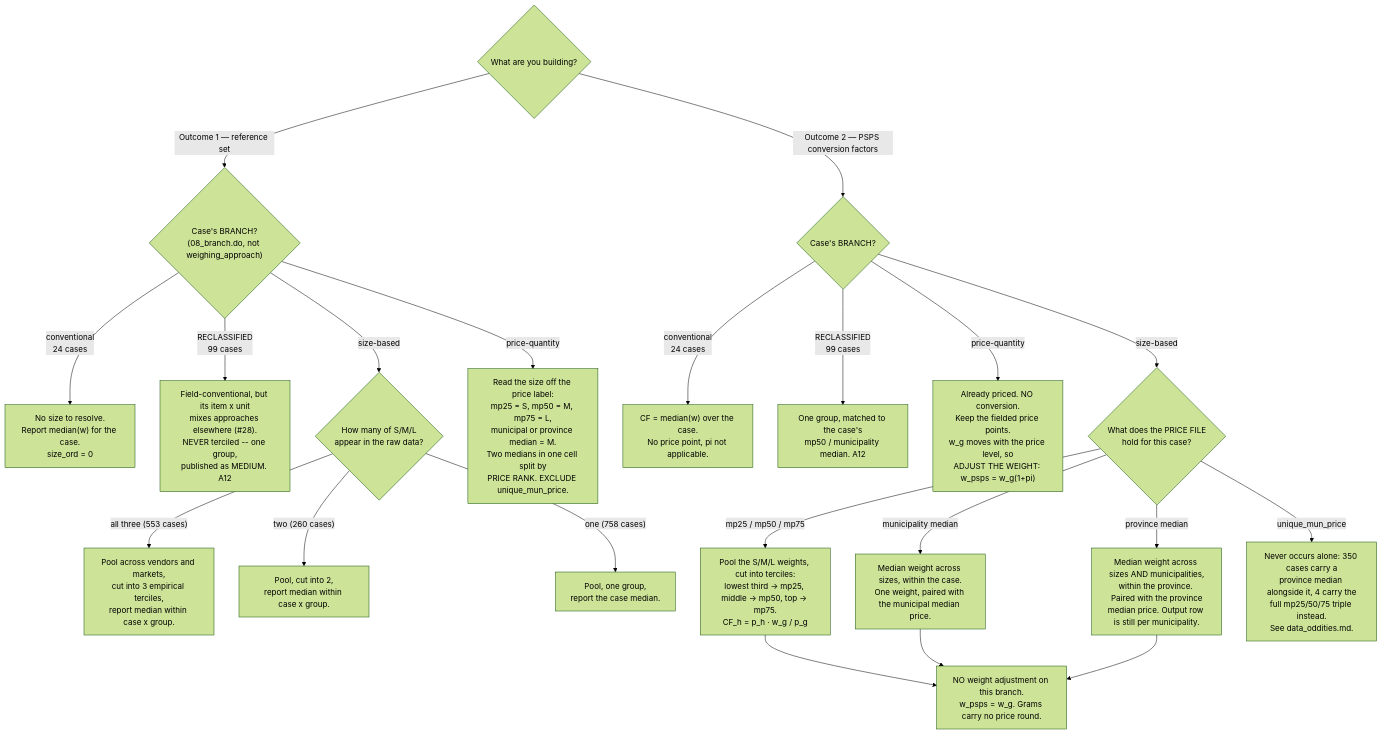
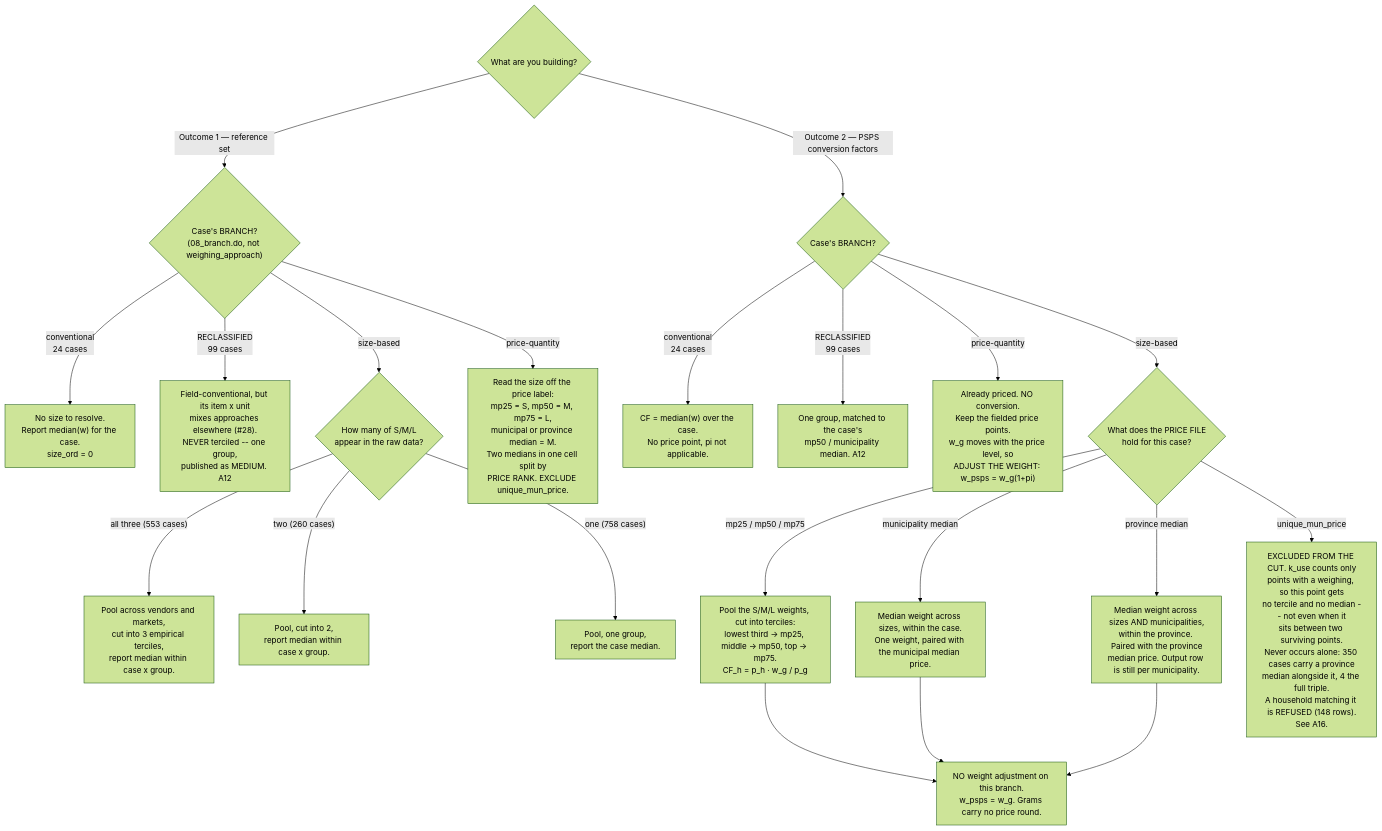
One commit to Shineyang03/nsu-market-survey-cleaning changed the first of 2 diagrams in docs/conversion_factor_methodology.md. Above: the diagram before and after it, drawn with Mermaid (forest theme). The commit also changed 2 other files, not shown here.

````diff
--- a/docs/conversion_factor_methodology.md
+++ b/docs/conversion_factor_methodology.md
@@ -86,29 +86,29 @@
 ```mermaid
 flowchart TD
     G{"What are you building?"}
 
     G -->|"Outcome 1 — reference set"| WA1{"Case's BRANCH?<br/>(08_branch.do, not weighing_approach)"}
     WA1 -->|"conventional<br/>24 cases"| OC["No size to resolve.<br/>Report median(w) for the case.<br/>size_ord = 0"]
     WA1 -->|"RECLASSIFIED<br/>99 cases"| ORC["Field-conventional, but its item x unit<br/>mixes approaches elsewhere (#28).<br/>NEVER terciled -- one group,<br/>published as MEDIUM. A12"]
     WA1 -->|"size-based"| OS1{"How many of S/M/L<br/>appear in the raw data?"}
     WA1 -->|"price-quantity"| OP1["Read the size off the price label:<br/>mp25 = S, mp50 = M, mp75 = L,<br/>municipal or province median = M.<br/>Two medians in one cell split by<br/>PRICE RANK. EXCLUDE unique_mun_price."]
 
     OS1 -->|"all three (553 cases)"| OS3["Pool across vendors and markets,<br/>cut into 3 empirical terciles,<br/>report median within case x group."]
     OS1 -->|"two (260 cases)"| OS2["Pool, cut into 2,<br/>report median within case x group."]
     OS1 -->|"one (758 cases)"| OS0["Pool, one group,<br/>report the case median."]
 
     G -->|"Outcome 2 — PSPS conversion factors"| WA2{"Case's BRANCH?"}
     WA2 -->|"conventional<br/>24 cases"| C1["CF = median(w) over the case.<br/>No price point, pi not applicable."]
     WA2 -->|"RECLASSIFIED<br/>99 cases"| C1R["One group, matched to the case's<br/>mp50 / municipality median. A12"]
     WA2 -->|"price-quantity"| P1["Already priced. NO conversion.<br/>Keep the fielded price points.<br/>w_g moves with the price level, so<br/>ADJUST THE WEIGHT: w_psps = w_g(1+pi)"]
     WA2 -->|"size-based"| S1{"What does the PRICE FILE<br/>hold for this case?"}
 
     S1 -->|"mp25 / mp50 / mp75"| S3["Pool the S/M/L weights, cut into terciles:<br/>lowest third -> mp25, middle -> mp50, top -> mp75.<br/>CF_h = p_h · w_g / p_g"]
     S1 -->|"municipality median"| S2m["Median weight across sizes, within the case.<br/>One weight, paired with the municipal median price."]
     S1 -->|"province median"| S2p["Median weight across sizes AND municipalities,<br/>within the province. Paired with the province<br/>median price. Output row is still per municipality."]
-    S1 -->|"unique_mun_price"| SU["Never occurs alone: 350 cases carry a<br/>province median alongside it, 4 carry the<br/>full mp25/50/75 triple instead.<br/>See data_oddities.md."]
+    S1 -->|"unique_mun_price"| SU["EXCLUDED FROM THE CUT. k_use counts only<br/>points with a weighing, so this point gets<br/>no tercile and no median -- not even when it<br/>sits between two surviving points.<br/>Never occurs alone: 350 cases carry a province<br/>median alongside it, 4 the full triple.<br/>A household matching it is REFUSED (148 rows).<br/>See A16."]
 
     S3 --> PI["NO weight adjustment on this branch.<br/>w_psps = w_g. Grams carry no price round."]
     S2m --> PI
     S2p --> PI
 ```
````
